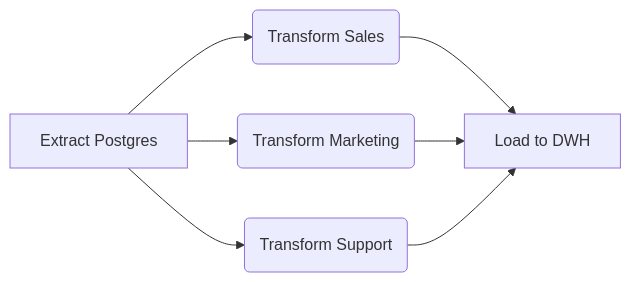
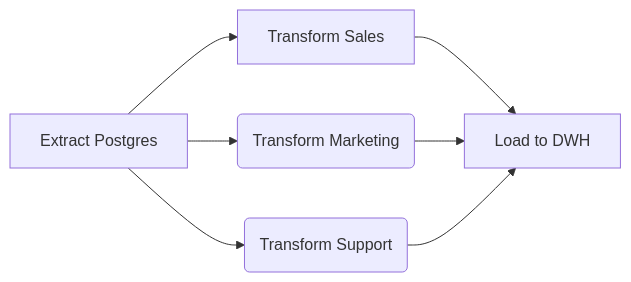
The first of 2 diagrams in src/content/docs/concepts/7-dataops-orchestration-quality/task-dependency.md (kythuatdulieu/kythuatdulieu.github.io), drawn with Mermaid before and after one commit. The commit also changed other lines of this file and 213 other files, not shown here.

Commit message:
Fix syntax and rewrite 200+ concepts docs to deep-dive system architecture and add GA4 tracking to quiz app

````diff
--- a/src/content/docs/concepts/7-dataops-orchestration-quality/task-dependency.md
+++ b/src/content/docs/concepts/7-dataops-orchestration-quality/task-dependency.md
@@ -27,9 +27,9 @@
 ```mermaid
 graph LR
-    A["Extract Postgres"] --> B("Transform Sales")
+    A["Extract Postgres"] --> B["Transform Sales"]
     A --> C("Transform Marketing")
     A --> D("Transform Support")
     B --> E["Load to DWH"]
     C --> E
     D --> E
 ```
````
